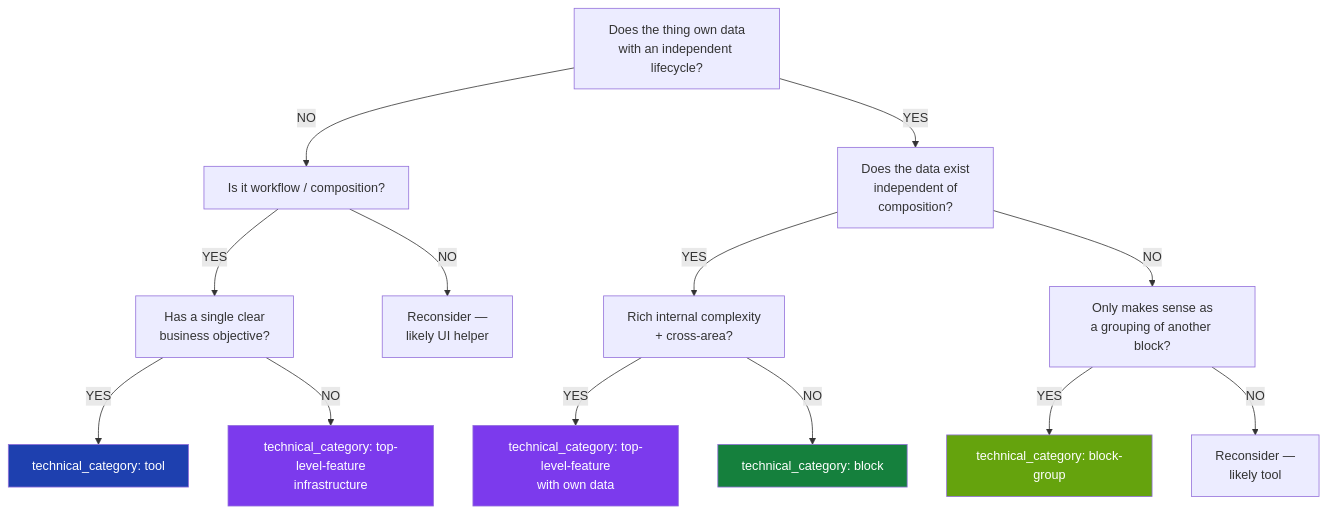
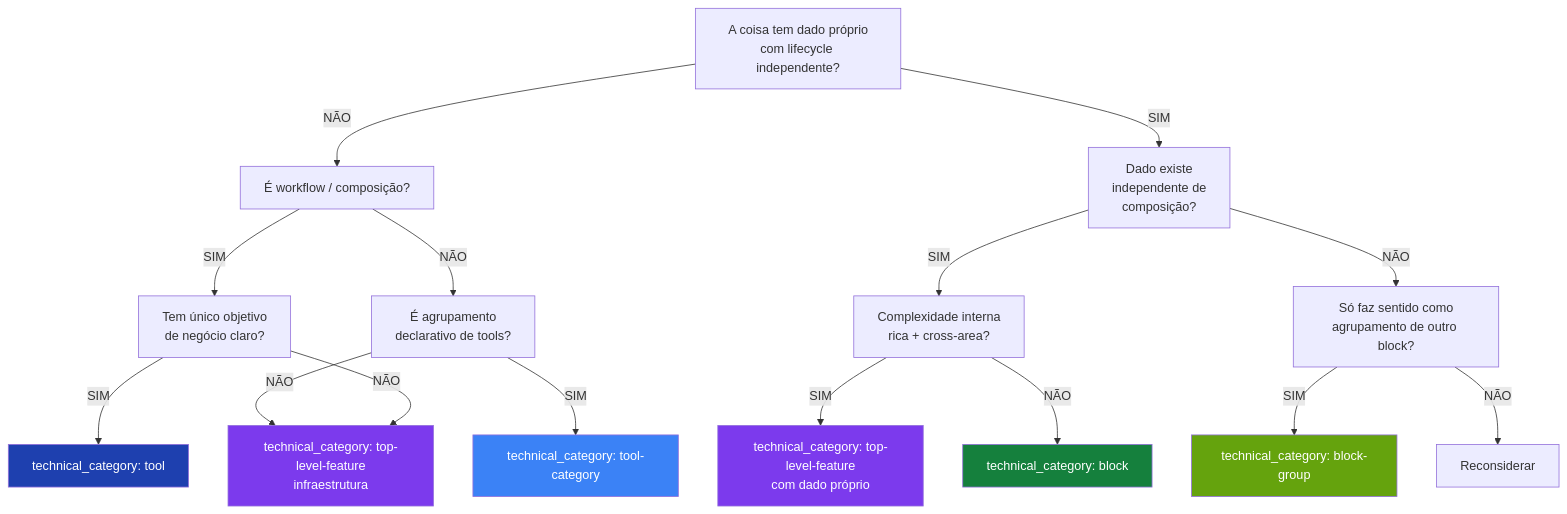
The second of 2 diagrams in docs/handbook/_meta/handbook/en-US.md (nickmoreira23/herd), drawn with Mermaid before and after one commit. The commit also changed other lines of this file and 10 other files, not shown here.

````diff
--- a/docs/handbook/_meta/handbook/en-US.md
+++ b/docs/handbook/_meta/handbook/en-US.md
@@ -184,27 +204,31 @@
 ```mermaid
 flowchart TD
-    Start[Does the thing own data<br/>with an independent lifecycle?]
-    Start -->|NO| Workflow[Is it workflow / composition?]
-    Start -->|YES| IndepCheck[Does the data exist<br/>independent of<br/>composition?]
+    Start[A coisa tem dado próprio<br/>com lifecycle independente?]
+    Start -->|NÃO| Workflow[É workflow / composição?]
+    Start -->|SIM| IndepCheck[Dado existe<br/>independente de<br/>composição?]
 
-    Workflow -->|YES| Goal[Has a single clear<br/>business objective?]
-    Workflow -->|NO| Reconsider1[Reconsider —<br/>likely UI helper]
+    Workflow -->|SIM| Goal[Tem único objetivo<br/>de negócio claro?]
+    Workflow -->|NÃO| AggregatorCheck[É agrupamento<br/>declarativo de tools?]
 
-    Goal -->|YES| Tool[technical_category: tool]
-    Goal -->|NO| TLF[technical_category: top-level-feature<br/>infrastructure]
+    AggregatorCheck -->|SIM| ToolCategory[technical_category: tool-category]
+    AggregatorCheck -->|NÃO| TLF[technical_category: top-level-feature<br/>infraestrutura]
 
-    IndepCheck -->|YES| RichCheck[Rich internal complexity<br/>+ cross-area?]
-    IndepCheck -->|NO| AgrCheck[Only makes sense as<br/>a grouping of another block?]
+    Goal -->|SIM| Tool[technical_category: tool]
+    Goal -->|NÃO| TLF
 
-    RichCheck -->|YES| TLFData[technical_category: top-level-feature<br/>with own data]
-    RichCheck -->|NO| Block[technical_category: block]
+    IndepCheck -->|SIM| RichCheck[Complexidade interna<br/>rica + cross-area?]
+    IndepCheck -->|NÃO| AgrCheck[Só faz sentido como<br/>agrupamento de outro block?]
 
-    AgrCheck -->|YES| BlockGroup[technical_category: block-group]
-    AgrCheck -->|NO| Reconsider2[Reconsider —<br/>likely tool]
+    RichCheck -->|SIM| TLFData[technical_category: top-level-feature<br/>com dado próprio]
+    RichCheck -->|NÃO| Block[technical_category: block]
+
+    AgrCheck -->|SIM| BlockGroup[technical_category: block-group]
+    AgrCheck -->|NÃO| Reconsider[Reconsiderar]
 
     style Tool fill:#1e40af,color:#fff
+    style ToolCategory fill:#3b82f6,color:#fff
     style Block fill:#15803d,color:#fff
     style BlockGroup fill:#65a30d,color:#fff
     style TLF fill:#7c3aed,color:#fff
     style TLFData fill:#7c3aed,color:#fff
 ```
````
